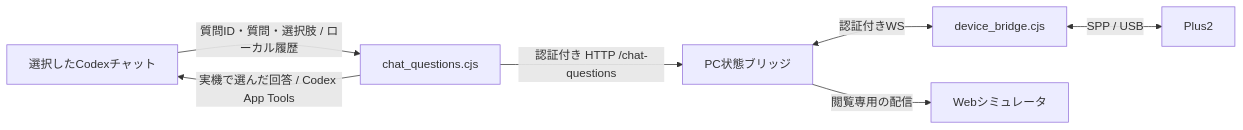
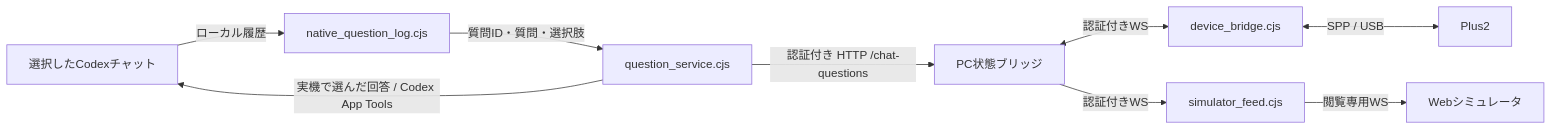
The second of 2 diagrams in docs/DEVICE_CONNECTION.md (ThousandsOfTies/GarVibeRemote-M5StickC), drawn with Mermaid before and after one commit. The commit also changed other lines of this file and 3 other files, not shown here.

Commit message:
docs: clarify current firmware boundaries and complete data flow

````diff
--- a/docs/DEVICE_CONNECTION.md
+++ b/docs/DEVICE_CONNECTION.md
@@ -94,9 +106,11 @@
 ```mermaid
 flowchart LR
-    Chat[選択したCodexチャット] -->|質問ID・質問・選択肢 / ローカル履歴| Questions[chat_questions.cjs]
+    Chat[選択したCodexチャット] -->|ローカル履歴| Log[native_question_log.cjs]
+    Log -->|質問ID・質問・選択肢| Questions[question_service.cjs]
     Questions -->|認証付き HTTP /chat-questions| Status[PC状態ブリッジ]
     Status <-->|認証付きWS| Relay[device_bridge.cjs]
     Relay <-->|SPP / USB| Device[Plus2]
     Questions -->|実機で選んだ回答 / Codex App Tools| Chat
-    Status -->|閲覧専用の配信| Simulator[Webシミュレータ]
+    Status -->|認証付きWS| Feed[simulator_feed.cjs]
+    Feed -->|閲覧専用WS| Simulator[Webシミュレータ]
 ```
````
